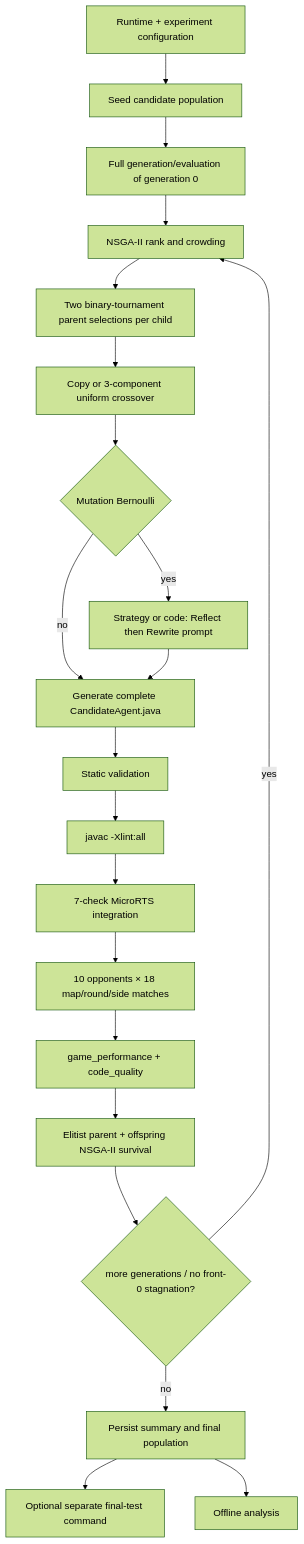
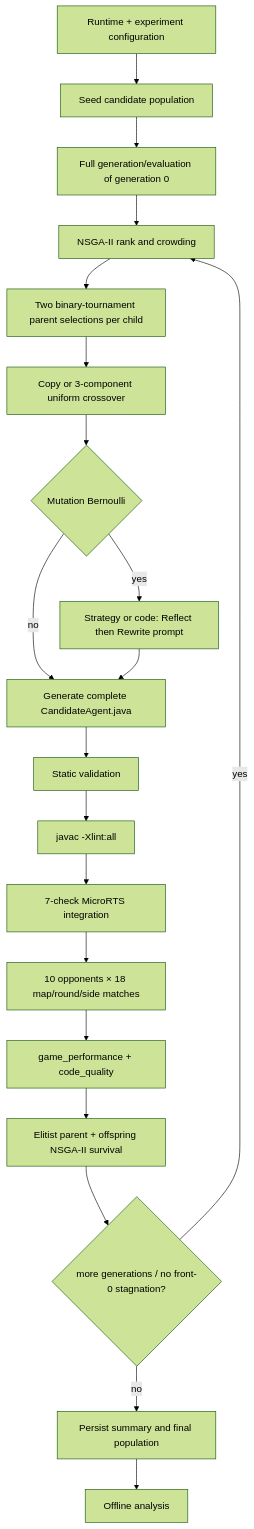
One commit to sophie8909/EAGLE changed the second of 6 diagrams in docs/current_eagle_design.md. Above: the diagram before and after it, drawn with Mermaid (forest theme). The commit also changed other lines of this file and 57 other files, not shown here.

````diff
--- a/docs/current_eagle_design.md
+++ b/docs/current_eagle_design.md
@@ -80,23 +80,22 @@
 ```mermaid
 flowchart TD
   C[Runtime + experiment configuration] --> I[Seed candidate population]
   I --> G0[Full generation/evaluation of generation 0]
   G0 --> Rank[NSGA-II rank and crowding]
   Rank --> Parents[Two binary-tournament parent selections per child]
   Parents --> V[Copy or 3-component uniform crossover]
   V --> M{Mutation Bernoulli}
   M -->|yes| R[Strategy or code: Reflect then Rewrite prompt]
   M -->|no| J[Generate complete CandidateAgent.java]
   R --> J
   J --> Val[Static validation]
   Val --> Comp[javac -Xlint:all]
   Comp --> Int[7-check MicroRTS integration]
   Int --> Matches[10 opponents × 18 map/round/side matches]
   Matches --> Fit[game_performance + code_quality]
   Fit --> Survive[Elitist parent + offspring NSGA-II survival]
   Survive --> Stop{more generations / no front-0 stagnation?}
   Stop -->|yes| Rank
   Stop -->|no| Final[Persist summary and final population]
-  Final --> FT[Optional separate final-test command]
   Final --> A[Offline analysis]
 ```
````
